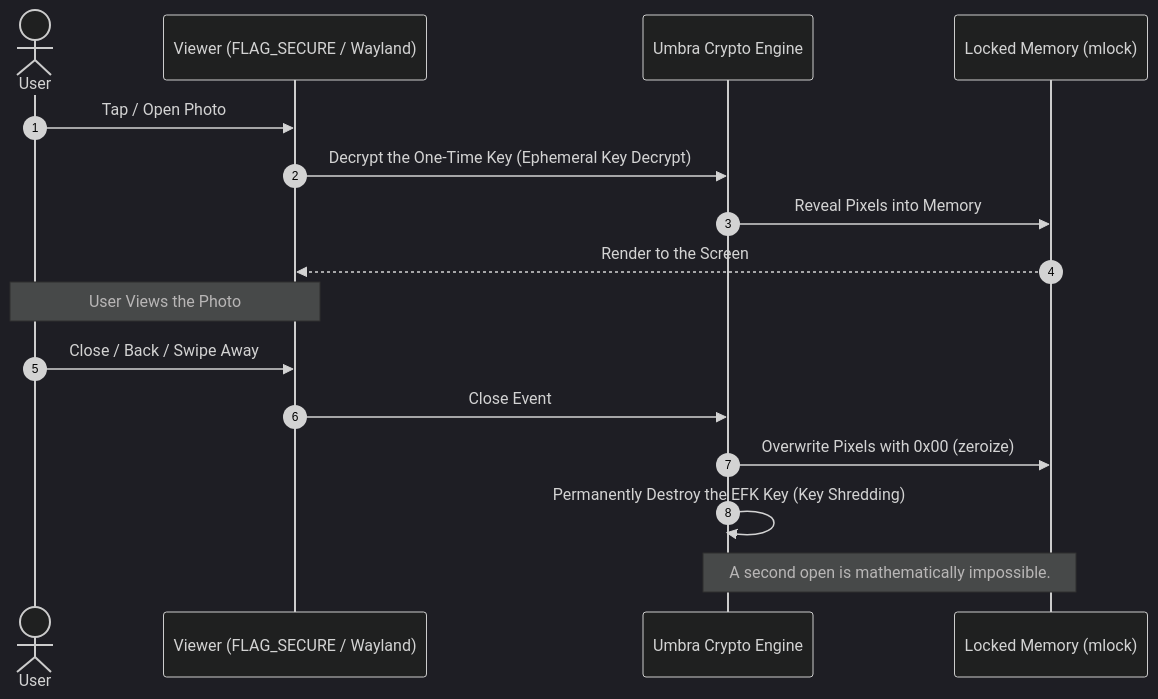
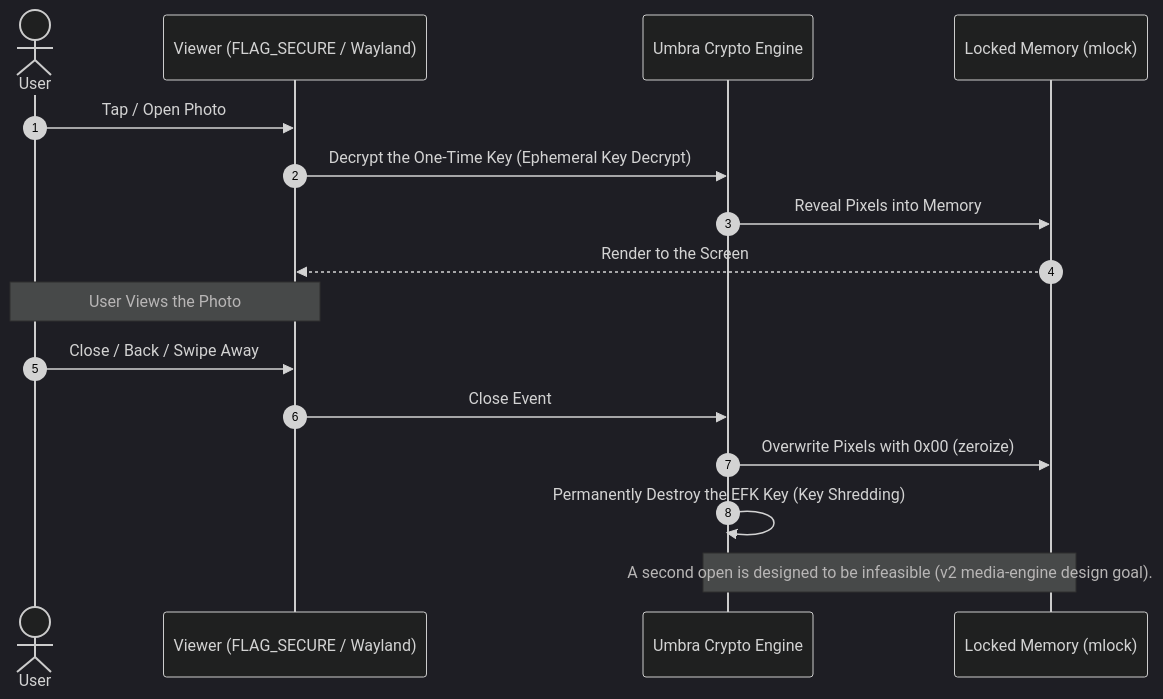
Before and after one commit to b4lol/umbra: the first of 6 diagrams in CLIENT_SECURITY.md, drawn with Mermaid (dark theme). The commit also changed other lines of this file and 8 other files, not shown here.

````diff
--- a/CLIENT_SECURITY.md
+++ b/CLIENT_SECURITY.md
@@ -11,19 +11,19 @@
 ```mermaid
 sequenceDiagram
     autonumber
     actor User as User
     participant UI as Viewer (FLAG_SECURE / Wayland)
     participant Core as Umbra Crypto Engine
     participant SecureRAM as Locked Memory (mlock)
 
     User->>UI: Tap / Open Photo
     UI->>Core: Decrypt the One-Time Key (Ephemeral Key Decrypt)
     Core->>SecureRAM: Reveal Pixels into Memory
     SecureRAM-->>UI: Render to the Screen
     Note over User,UI: User Views the Photo
     User->>UI: Close / Back / Swipe Away
     UI->>Core: Close Event
     Core->>SecureRAM: Overwrite Pixels with 0x00 (zeroize)
     Core->>Core: Permanently Destroy the EFK Key (Key Shredding)
-    Note over Core,SecureRAM: A second open is mathematically impossible.
+    Note over Core,SecureRAM: A second open is designed to be infeasible (v2 media-engine design goal).
 ```
````
